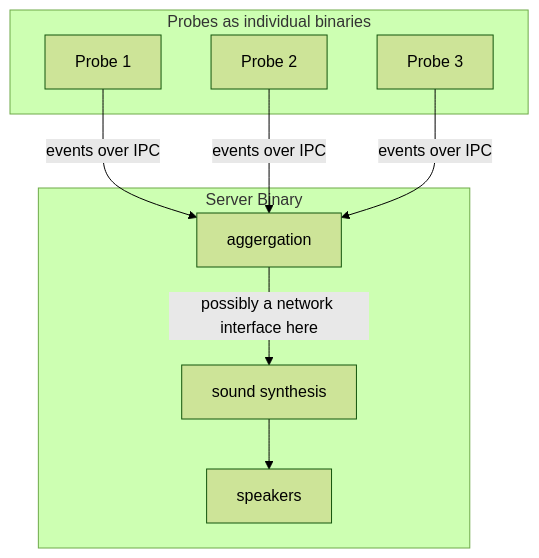
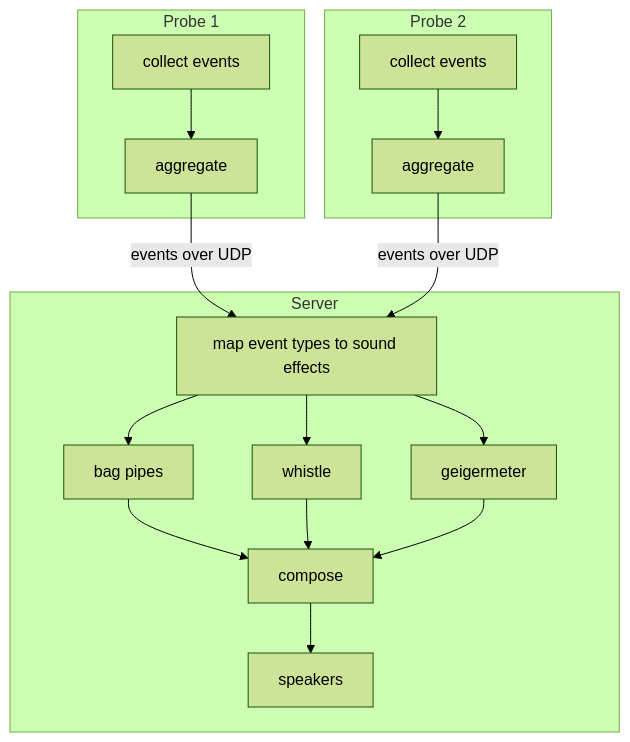
The diagram in README.md (tonarino/acoustic_profiler), drawn with Mermaid (forest theme) before and after one commit. The commit also changed other lines of this file, not shown here.

Commit message:
Propose Architecture and Probe <-> Server API

````diff
--- a/README.md
+++ b/README.md
@@ -8,13 +51,22 @@
 ```mermaid
 flowchart TD
-    subgraph server [Server Binary]
-        S1[aggergation]-->|possibly a network interface here| S2[sound synthesis]
-        S2-->S3[speakers]
-        end
+    subgraph server [Server]
+        S1[map event types to sound effects]-->SE1
+        S1-->SE2
+        S1-->SE3
+        SE1[ bag pipes ]-->S3[compose]
+        SE2[ whistle ]-->S3[compose]
+        SE3[ geigermeter ]-->S3[compose]
+        S3-->S4[speakers]
+    end
 
-    subgraph probes [Probes as individual binaries]
-        A1[Probe 1] -->|events over IPC| S1
-        A2[Probe 2] -->|events over IPC| S1
-        A3[Probe 3] -->|events over IPC| S1
-        end
+    subgraph probe1 [Probe 1]
+        P1[collect events]-->P2[aggregate]
+        P2-->|events over UDP| S1
+    end
+    
+    subgraph probe2 [Probe 2]
+        P3[collect events]-->P4[aggregate]
+        P4-->|events over UDP| S1
+    end
 ```
````
